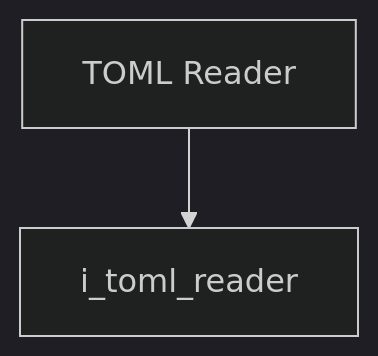
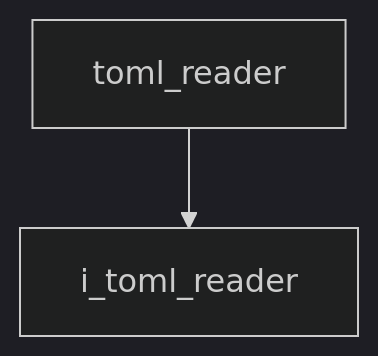
Before and after one commit to kasper-szczerba/autonomous_control_system_wiki: the first of 2 diagrams in docs/codebase/namespaces/utility/implementation/toml_reader.md, drawn with Mermaid (dark theme). The commit also changed other lines of this file and 41 other files, not shown here.

````diff
--- a/docs/codebase/namespaces/utility/implementation/toml_reader.md
+++ b/docs/codebase/namespaces/utility/implementation/toml_reader.md
@@ -15,5 +15,5 @@
 ```mermaid
 graph TD
-    toml_reader["TOML Reader"]
-    toml_reader["TOML Reader"] --> i_toml_reader["i_toml_reader"]
+    toml_reader["toml_reader"]
+    toml_reader["toml_reader"] --> i_toml_reader["i_toml_reader"]
 ```
````
